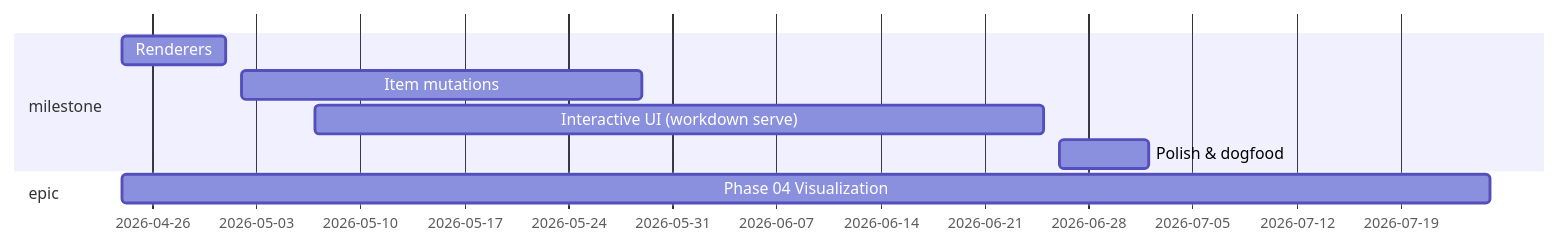
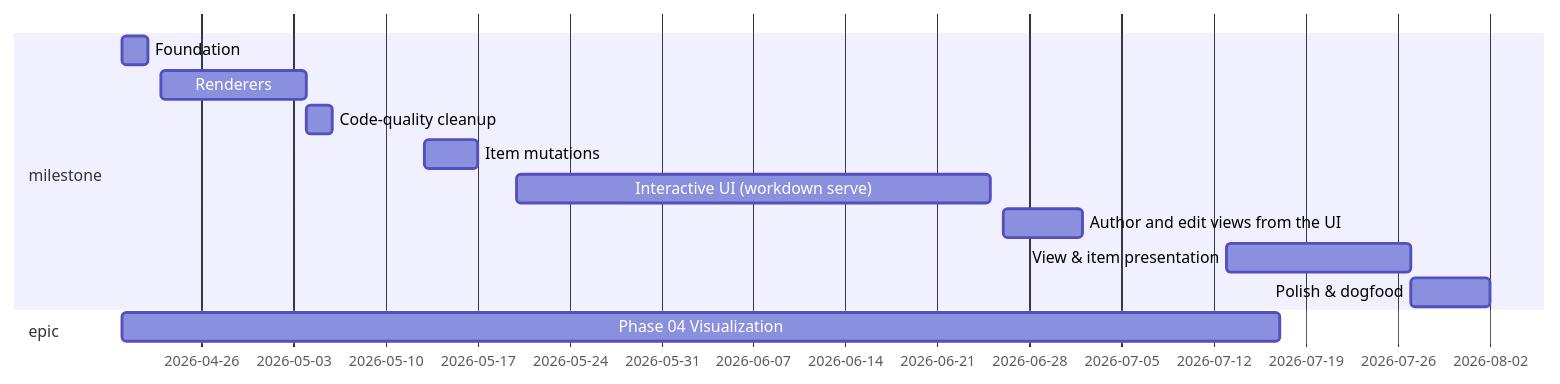
The diagram in views/roadmap-by-duration.md (jasdefer/Workdown), drawn with Mermaid before and after one commit. The commit also changed other lines of this file and 131 other files, not shown here.

First line of the commit message:
View presentation (#43)

````diff
--- a/views/roadmap-by-duration.md
+++ b/views/roadmap-by-duration.md
@@ -5,11 +5,15 @@
 ```mermaid
 gantt
     dateFormat YYYY-MM-DD
     section milestone
-    Renderers :renderers, 2026-04-24, 2026-05-01
-    Item mutations :item-mutations, 2026-05-02, 2026-05-29
-    Interactive UI (workdown serve) :server, 2026-05-07, 2026-06-25
-    Polish & dogfood :polish, 2026-06-26, 2026-07-02
+    Foundation :foundation, 2026-04-20, 2026-04-22
+    Renderers :renderers, 2026-04-23, 2026-05-04
+    Code-quality cleanup :code-quality, 2026-05-04, 2026-05-06
+    Item mutations :item-mutations, 2026-05-13, 2026-05-17
+    Interactive UI (workdown serve) :server, 2026-05-20, 2026-06-25
+    Author and edit views from the UI :view-authoring, 2026-06-26, 2026-07-02
+    View & item presentation :view-presentation, 2026-07-13, 2026-07-27
+    Polish & dogfood :polish, 2026-07-27, 2026-08-02
     section epic
-    Phase 04 Visualization :phase-04-visualization, 2026-04-24, 2026-07-25
+    Phase 04 Visualization :phase-04-visualization, 2026-04-20, 2026-07-17
 ```
````
